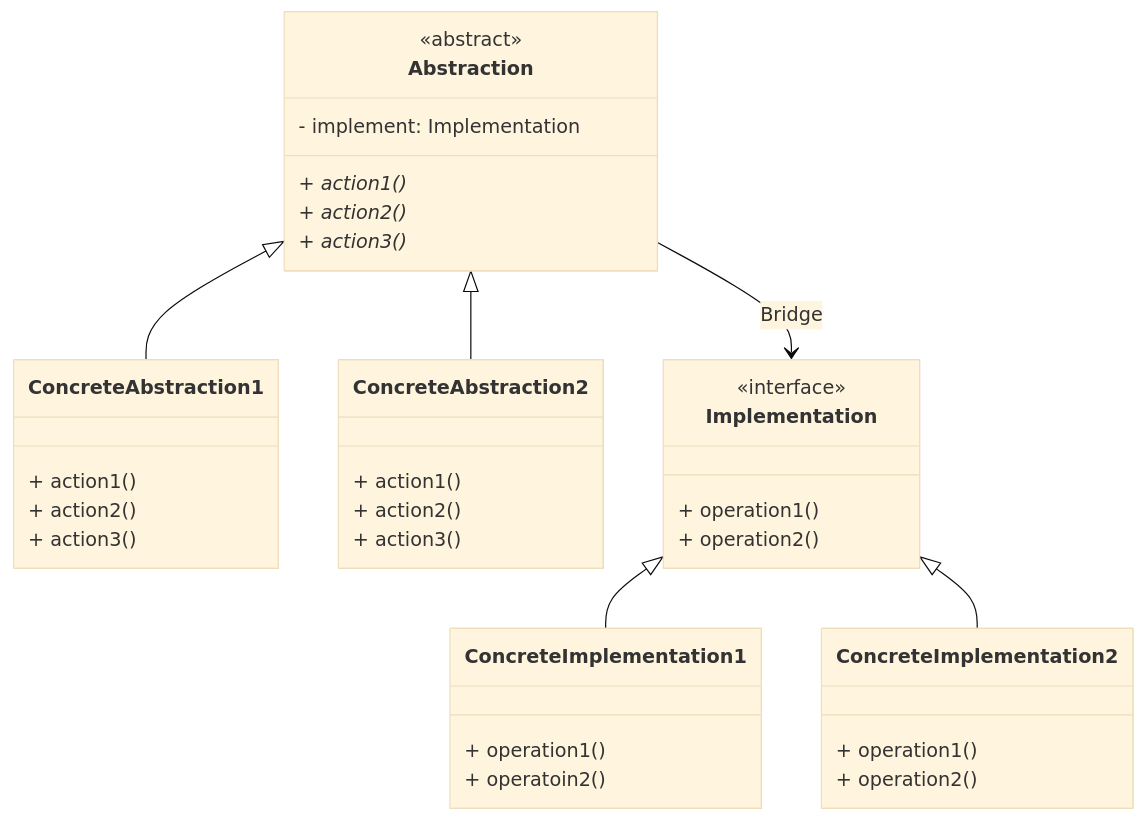
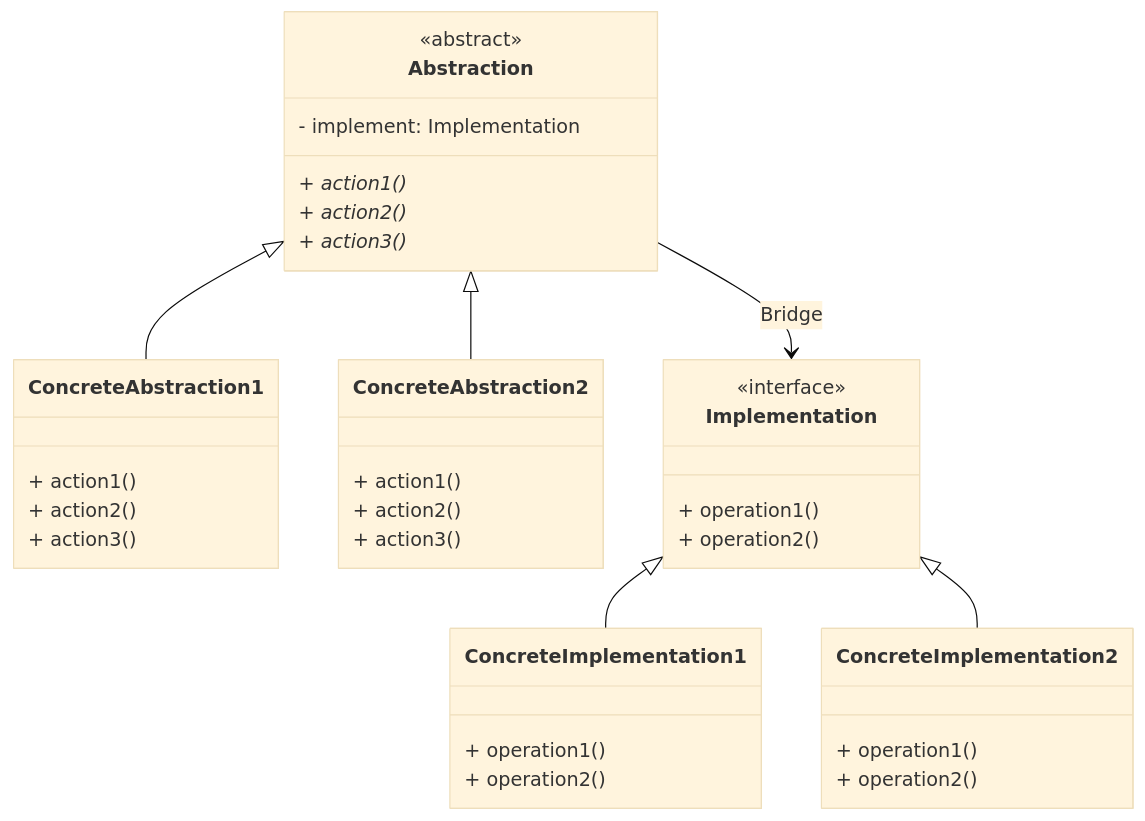
Before and after one commit to Bix2llets/CS202---Seminar: the second of 3 diagrams in 2. Bridge/Bridge.md, drawn with Mermaid (base theme). The commit also changed other lines of this file, not shown here.

````diff
--- a/2. Bridge/Bridge.md
+++ b/2. Bridge/Bridge.md
@@ -43,43 +43,43 @@
 ```mermaid
 classDiagram
 class Abstraction {
     <<abstract>>
     - implement: Implementation
     + action1()*
     + action2()*
     + action3()*
 } 
 
 class ConcreteAbstraction1 {
     + action1()
     + action2()
     + action3()
 }
 
 class ConcreteAbstraction2 {
     + action1()
     + action2()
     + action3()
 }
 Abstraction <|-- ConcreteAbstraction1
 Abstraction <|-- ConcreteAbstraction2
 Abstraction --> Implementation: Bridge
 class Implementation {
     <<interface>>
     + operation1()
     + operation2()
 }
 
 Implementation <|-- ConcreteImplementation1
 Implementation <|-- ConcreteImplementation2
 
 class ConcreteImplementation1 {
     + operation1()
-    + operatoin2()
+    + operation2()
 }
 
 class ConcreteImplementation2 {
     + operation1()
     + operation2()
 }
 ```
````
